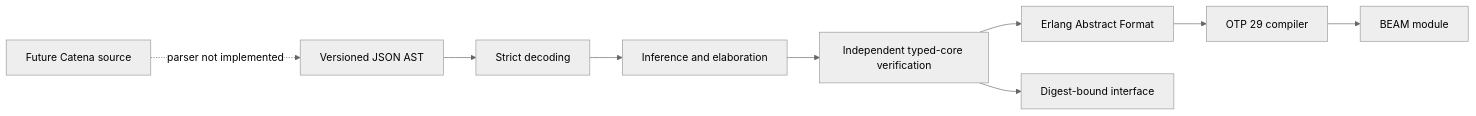
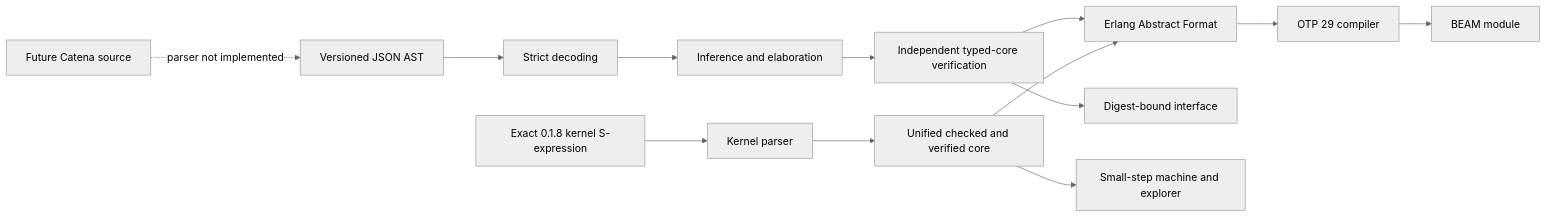
Before and after one commit to pcharbon70/catena: the diagram in guides/getting-started.md, drawn with Mermaid (neutral theme). The commit also changed other lines of this file and 35 other files, not shown here.

````diff
--- a/guides/getting-started.md
+++ b/guides/getting-started.md
@@ -138,11 +142,15 @@
 ```mermaid
 flowchart LR
     Source[Future Catena source] -. parser not implemented .-> JSON[Versioned JSON AST]
+    Kernel[Exact 0.1.8 kernel S-expression] --> KDecode[Kernel parser]
     JSON --> Decode[Strict decoding]
     Decode --> Infer[Inference and elaboration]
     Infer --> Verify[Independent typed-core verification]
     Verify --> Lower[Erlang Abstract Format]
     Lower --> OTP[OTP 29 compiler]
     OTP --> Beam[BEAM module]
     Verify --> Interface[Digest-bound interface]
+    KDecode --> KVerify[Unified checked and verified core]
+    KVerify --> Lower
+    KVerify --> Reference[Small-step machine and explorer]
 ```
````
